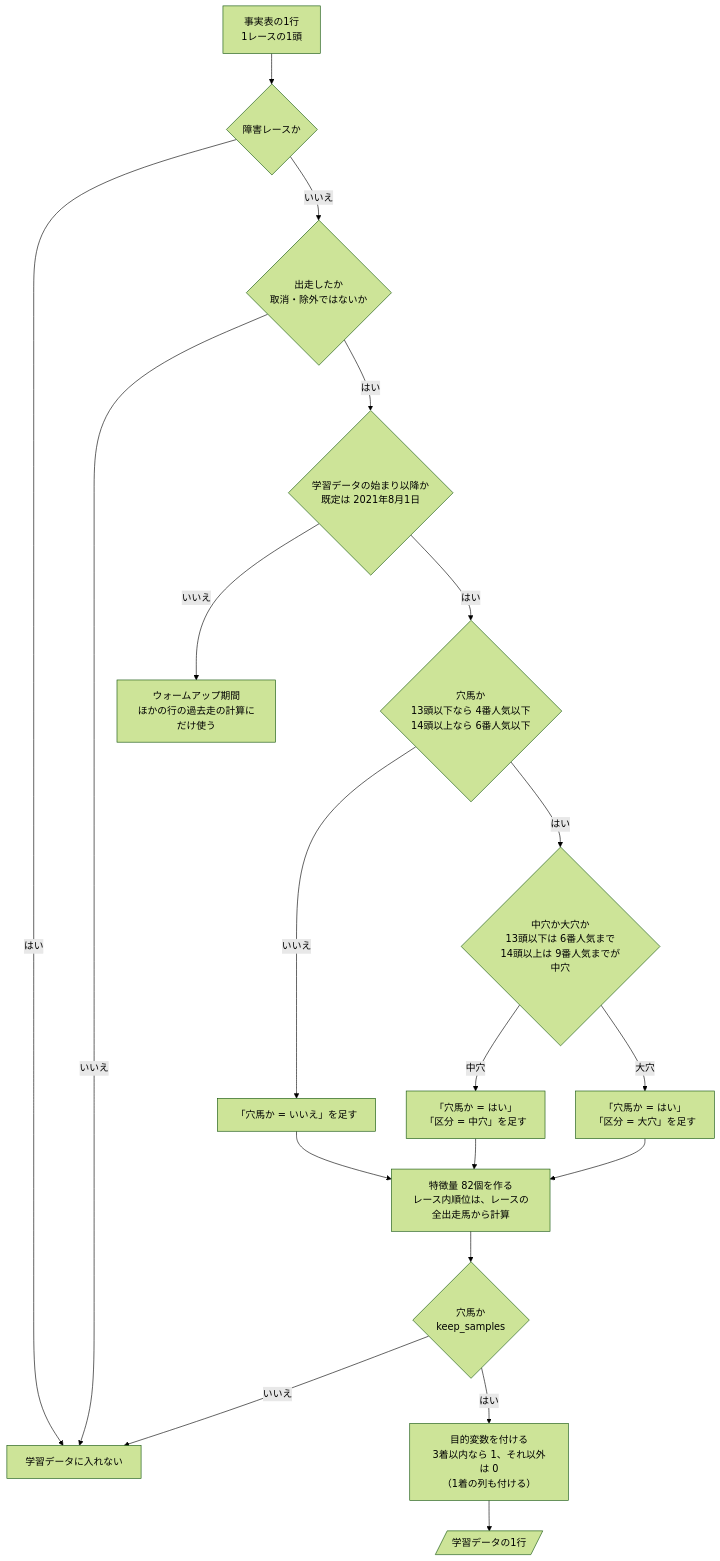
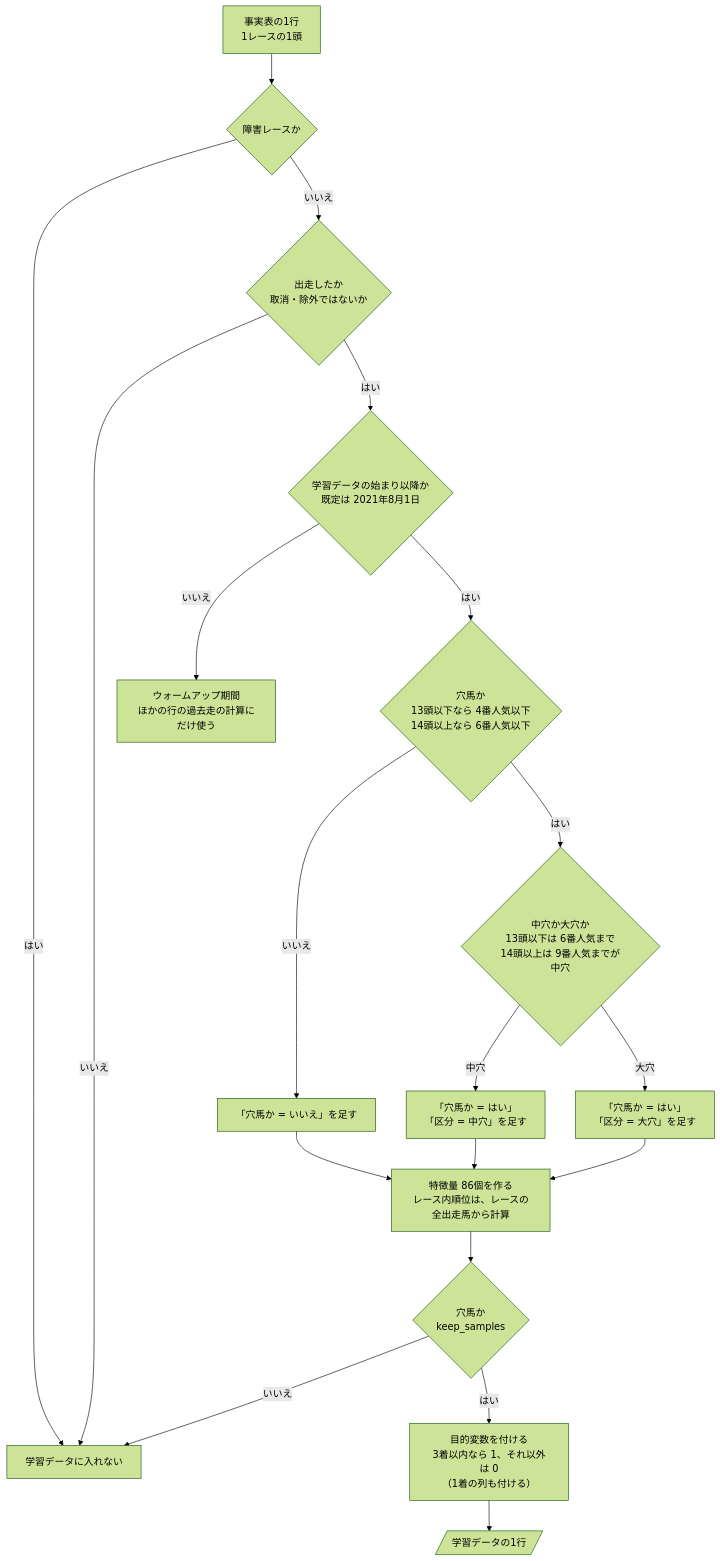
The first of 3 diagrams in docs/design/穴馬が3着以内に入るかを予想/06-flowchart.md (ht-0328/keiba-yosou), drawn with Mermaid (forest theme) before and after one commit. The commit also changed other lines of this file and 11 other files, not shown here.

````diff
--- a/docs/design/穴馬が3着以内に入るかを予想/06-flowchart.md
+++ b/docs/design/穴馬が3着以内に入るかを予想/06-flowchart.md
@@ -16,21 +16,21 @@
 ```mermaid
 flowchart TD
     S["事実表の1行<br>1レースの1頭"] --> Q1{"障害レースか"}
     Q1 -->|はい| X["学習データに入れない"]
     Q1 -->|いいえ| Q2{"出走したか<br>取消・除外ではないか"}
     Q2 -->|いいえ| X
     Q2 -->|はい| Q3{"学習データの始まり以降か<br>既定は 2021年8月1日"}
     Q3 -->|いいえ| WU["ウォームアップ期間<br>ほかの行の過去走の計算にだけ使う"]
     Q3 -->|はい| Q4{"穴馬か<br>13頭以下なら 4番人気以下<br>14頭以上なら 6番人気以下"}
     Q4 -->|いいえ| N["「穴馬か = いいえ」を足す"]
     Q4 -->|はい| Q5{"中穴か大穴か<br>13頭以下は 6番人気まで<br>14頭以上は 9番人気までが中穴"}
     Q5 -->|中穴| YM["「穴馬か = はい」<br>「区分 = 中穴」を足す"]
     Q5 -->|大穴| YB["「穴馬か = はい」<br>「区分 = 大穴」を足す"]
-    N --> F["特徴量 82個を作る<br>レース内順位は、レースの全出走馬から計算"]
+    N --> F["特徴量 86個を作る<br>レース内順位は、レースの全出走馬から計算"]
     YM --> F
     YB --> F
     F --> Q6{"穴馬か<br>keep_samples"}
     Q6 -->|いいえ| X
     Q6 -->|はい| T["目的変数を付ける<br>3着以内なら 1、それ以外は 0<br>（1着の列も付ける）"]
     T --> R[/"学習データの1行"/]
 ```
````
